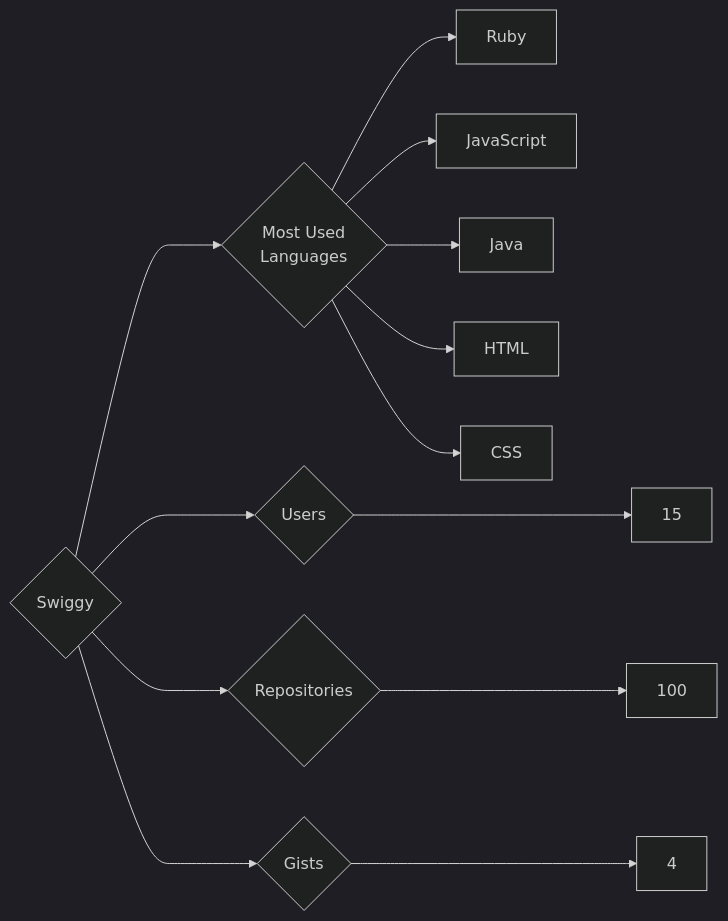
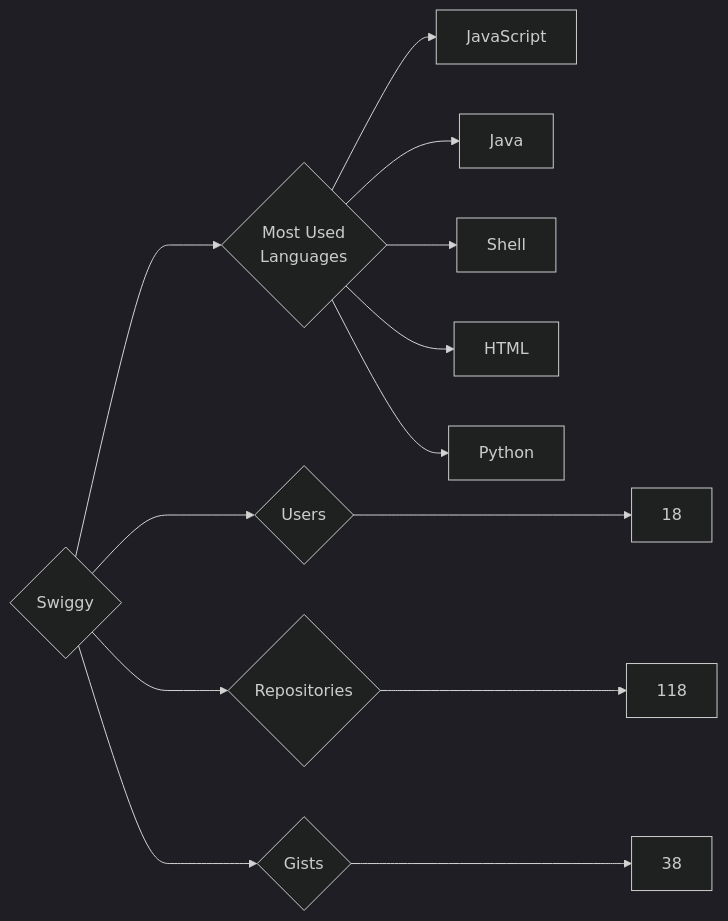
One commit to trickest/insiders changed the diagram in targets/Swiggy/README.md. Above: the diagram before and after it, drawn with Mermaid (dark theme). The commit also changed 1696 other files, not shown here.

````diff
--- a/targets/Swiggy/README.md
+++ b/targets/Swiggy/README.md
@@ -3,13 +3,13 @@
 ```mermaid
 graph LR
 COMPANY_NAME{Swiggy}
-COMPANY_NAME ---> U{Users} ---> UN[15]
-COMPANY_NAME ---> R{Repositories} ---> RN[100]
-COMPANY_NAME ---> G{Gists} ---> GN[4]
+COMPANY_NAME ---> U{Users} ---> UN[18]
+COMPANY_NAME ---> R{Repositories} ---> RN[118]
+COMPANY_NAME ---> G{Gists} ---> GN[38]
 COMPANY_NAME ---> ML{Most Used<br>Languages}
-ML --> Ruby[Ruby]
 ML --> JavaScript[JavaScript]
 ML --> Java[Java]
+ML --> Shell[Shell]
 ML --> HTML[HTML]
-ML --> CSS[CSS]
+ML --> Python[Python]
 ```
````
